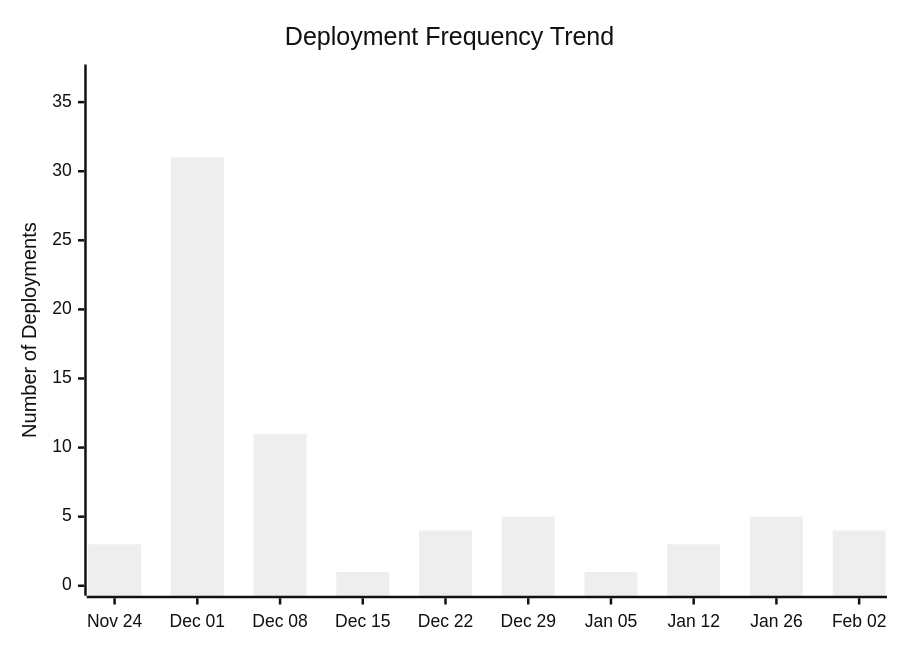
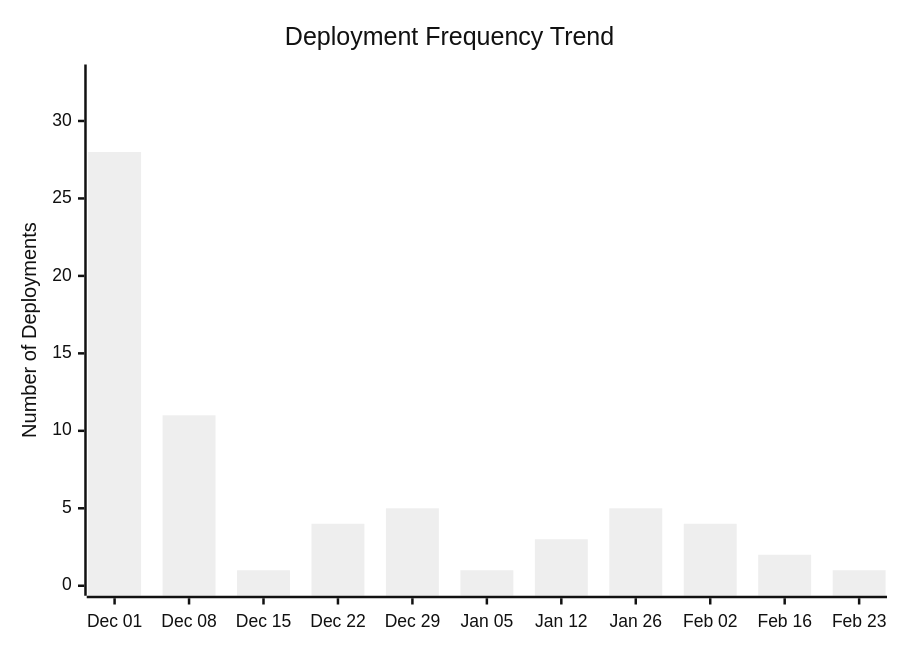
Before and after one commit to ukma-cs-ssdm-2025/rate-ukma: the third of 4 diagrams in docs/ci-cd/dora-summary.md, drawn with Mermaid (neutral theme). The commit also changed other lines of this file, not shown here.

````diff
--- a/docs/ci-cd/dora-summary.md
+++ b/docs/ci-cd/dora-summary.md
@@ -49,7 +55,7 @@
 ```mermaid
 xychart-beta
     title "Deployment Frequency Trend"
-    x-axis ["Nov 24", "Dec 01", "Dec 08", "Dec 15", "Dec 22", "Dec 29", "Jan 05", "Jan 12", "Jan 26", "Feb 02"]
-    y-axis "Number of Deployments" 0 --> 37
-    bar [3.00, 31.00, 11.00, 1.00, 4.00, 5.00, 1.00, 3.00, 5.00, 4.00]
+    x-axis ["Dec 01", "Dec 08", "Dec 15", "Dec 22", "Dec 29", "Jan 05", "Jan 12", "Jan 26", "Feb 02", "Feb 16", "Feb 23"]
+    y-axis "Number of Deployments" 0 --> 33
+    bar [28.00, 11.00, 1.00, 4.00, 5.00, 1.00, 3.00, 5.00, 4.00, 2.00, 1.00]
 ```
````
